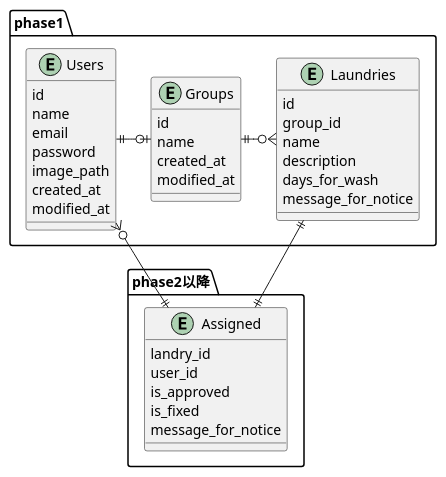
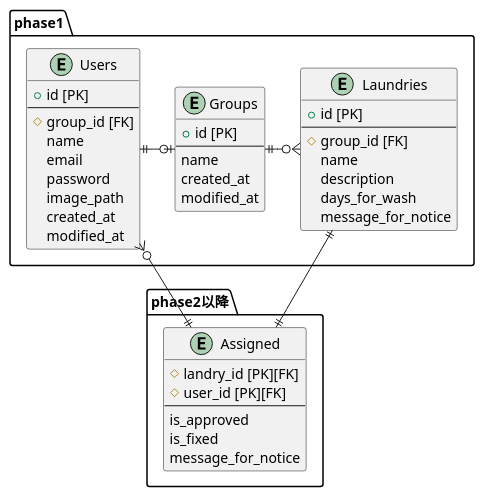
One commit to mixa393/mohumohu changed the diagram in docs/ER図.puml. Above: the diagram before and after it, drawn with PlantUML.

Commit message:
Fix: PK,FKを整理

```diff
--- a/docs/ER図.puml
+++ b/docs/ER図.puml
@@ -1,47 +1,52 @@
 @startuml
 
 package phase1 as phase1{
     entity Users{
-    id
+    + id [PK]
+    --
+    # group_id [FK]
     name
     email
     password
     image_path
     created_at
     modified_at
     }
 
     entity Groups
     {
-    id
+    + id [PK]
+    --
     name
     created_at
     modified_at
     }
 
     entity Laundries{
-    id
-    group_id
+    + id [PK]
+    --
+    # group_id [FK]
     name
     description
     days_for_wash
     message_for_notice
     }
 }
 
 package  phase2以降 as phase2{
     entity Assigned{
-    landry_id
-    user_id
+    # landry_id [PK][FK]
+    # user_id [PK][FK]
+    --
     is_approved
     is_fixed
     message_for_notice
     }
 }
 Users ||-o| Groups
 Groups ||-o{ Laundries
 Laundries ||-|| Assigned
 Users }o--|| Assigned
 
 
 @enduml
```
